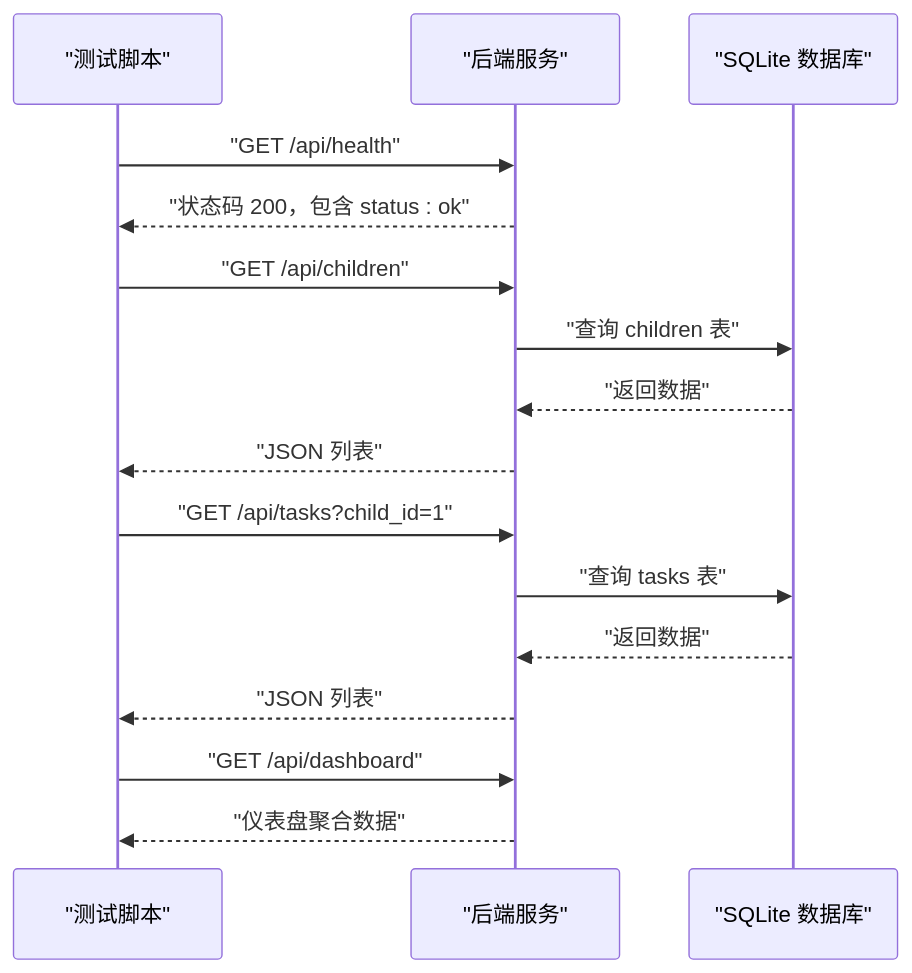
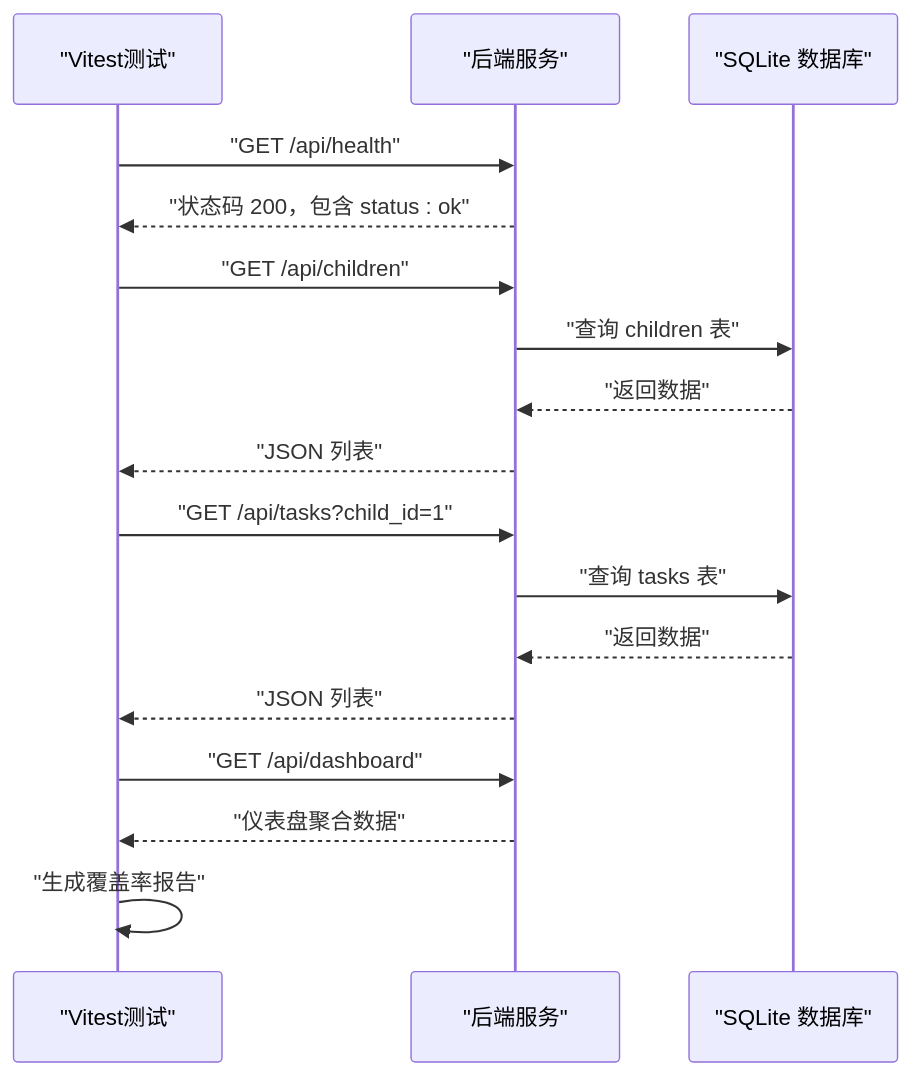
The third of 7 diagrams in .qoder/repowiki/zh/content/测试策略/测试策略.md (dawny123123/StarParadise), drawn with Mermaid before and after one commit. The commit also changed other lines of this file and 102 other files, not shown here.

````diff
--- a/.qoder/repowiki/zh/content/测试策略/测试策略.md
+++ b/.qoder/repowiki/zh/content/测试策略/测试策略.md
@@ -169,18 +205,19 @@
 ```mermaid
 sequenceDiagram
-participant Test as "测试脚本"
+participant Test as "Vitest测试"
 participant Server as "后端服务"
 participant DB as "SQLite 数据库"
 Test->>Server : "GET /api/health"
 Server-->>Test : "状态码 200，包含 status : ok"
 Test->>Server : "GET /api/children"
 Server->>DB : "查询 children 表"
 DB-->>Server : "返回数据"
 Server-->>Test : "JSON 列表"
 Test->>Server : "GET /api/tasks?child_id=1"
 Server->>DB : "查询 tasks 表"
 DB-->>Server : "返回数据"
 Server-->>Test : "JSON 列表"
 Test->>Server : "GET /api/dashboard"
 Server-->>Test : "仪表盘聚合数据"
+Test->>Test : "生成覆盖率报告"
 ```
````
